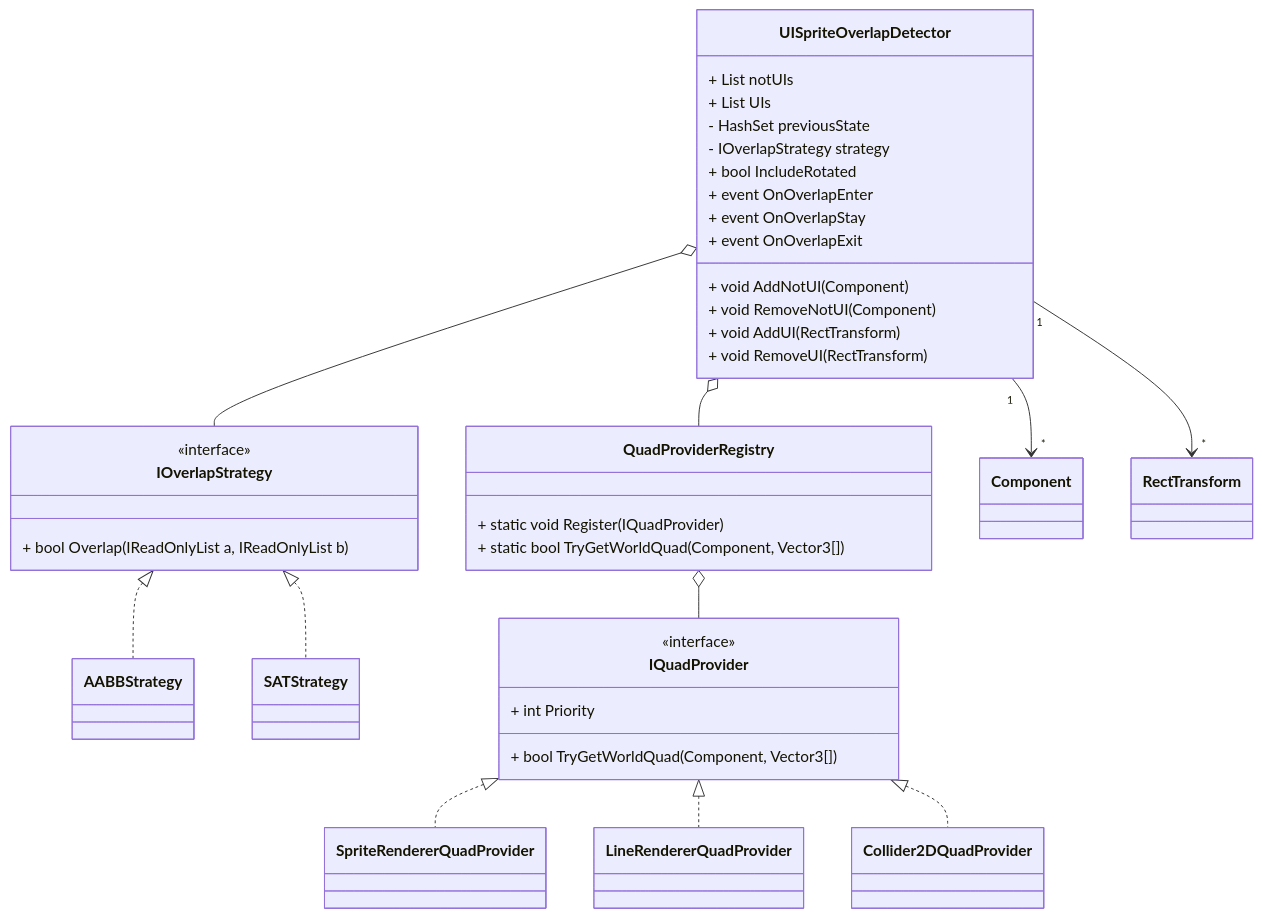
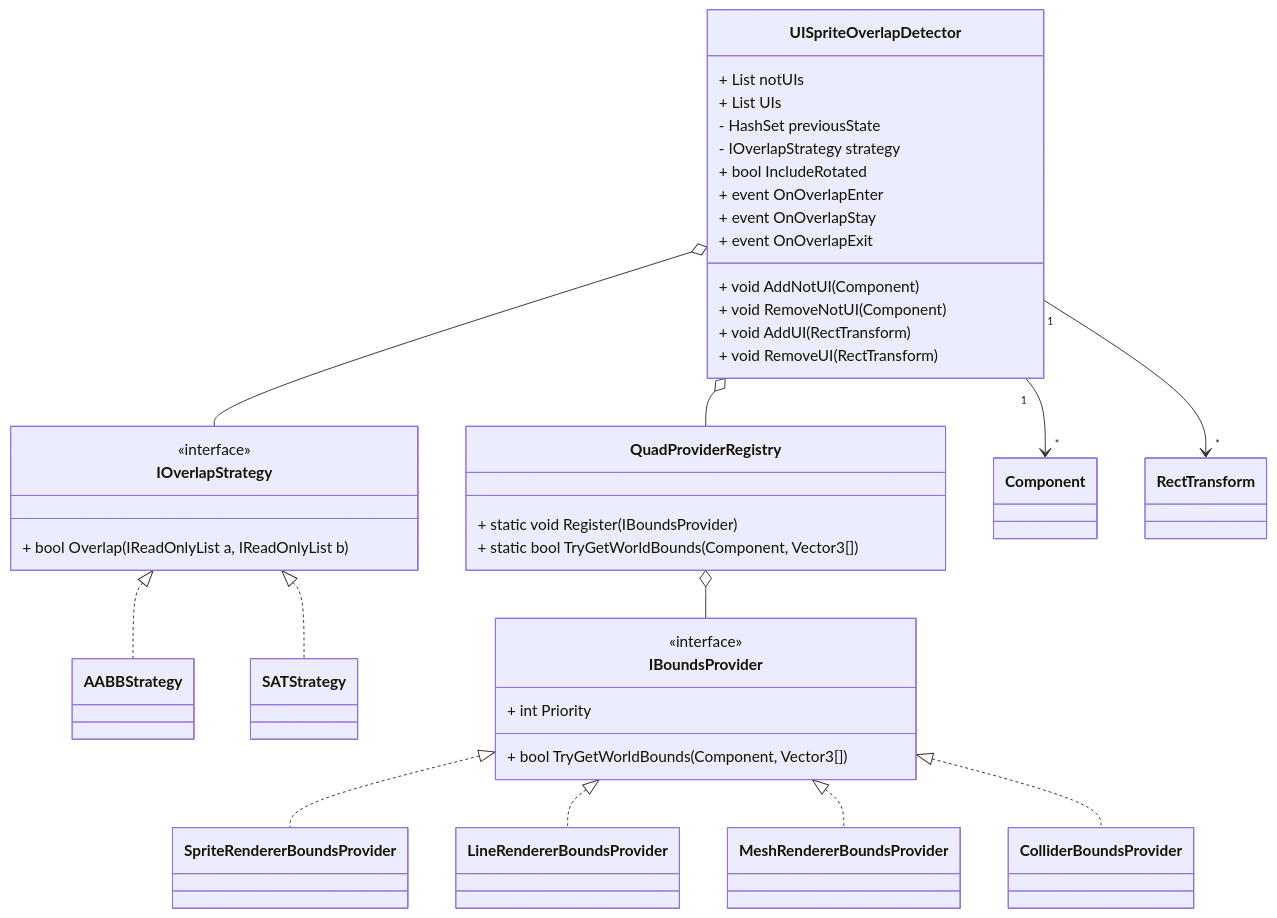
The diagram in README.md (SunagimoOisii/UIOverlapDetector), drawn with Mermaid before and after one commit. The commit also changed other lines of this file and 10 other files, not shown here.

````diff
--- a/README.md
+++ b/README.md
@@ -29,56 +29,58 @@
 ```mermaid
 classDiagram
     direction TD
     
     class IOverlapStrategy {
         <<interface>>
         + bool Overlap(IReadOnlyList<Vector2> a, IReadOnlyList<Vector2> b)
     }
 
     class AABBStrategy
     class SATStrategy
 
     IOverlapStrategy <|.. AABBStrategy
     IOverlapStrategy <|.. SATStrategy
 
-    class IQuadProvider {
+    class IBoundsProvider {
         <<interface>>
         + int Priority
-        + bool TryGetWorldQuad(Component, Vector3[])
+        + bool TryGetWorldBounds(Component, Vector3[])
     }
 
-    class SpriteRendererQuadProvider
-    class LineRendererQuadProvider
-    class Collider2DQuadProvider
+    class SpriteRendererBoundsProvider
+    class LineRendererBoundsProvider
+    class MeshRendererBoundsProvider
+    class ColliderBoundsProvider
 
-    IQuadProvider <|.. SpriteRendererQuadProvider
-    IQuadProvider <|.. LineRendererQuadProvider
-    IQuadProvider <|.. Collider2DQuadProvider
+    IBoundsProvider <|.. SpriteRendererBoundsProvider
+    IBoundsProvider <|.. LineRendererBoundsProvider
+    IBoundsProvider <|.. MeshRendererBoundsProvider
+    IBoundsProvider <|.. ColliderBoundsProvider
 
     class QuadProviderRegistry {
-        + static void Register(IQuadProvider)
-        + static bool TryGetWorldQuad(Component, Vector3[])
+        + static void Register(IBoundsProvider)
+        + static bool TryGetWorldBounds(Component, Vector3[])
     }
 
     class UISpriteOverlapDetector {
         + List notUIs
         + List UIs
         - HashSet previousState
         - IOverlapStrategy strategy
         + bool IncludeRotated
 
         + event OnOverlapEnter
         + event OnOverlapStay
         + event OnOverlapExit
         + void AddNotUI(Component)
         + void RemoveNotUI(Component)
         + void AddUI(RectTransform)
         + void RemoveUI(RectTransform)
     }
 
     UISpriteOverlapDetector o-- IOverlapStrategy
     UISpriteOverlapDetector o-- QuadProviderRegistry
-    QuadProviderRegistry o-- IQuadProvider
+    QuadProviderRegistry o-- IBoundsProvider
     UISpriteOverlapDetector "1" --> "*" Component
     UISpriteOverlapDetector "1" --> "*" RectTransform
 ```
````
